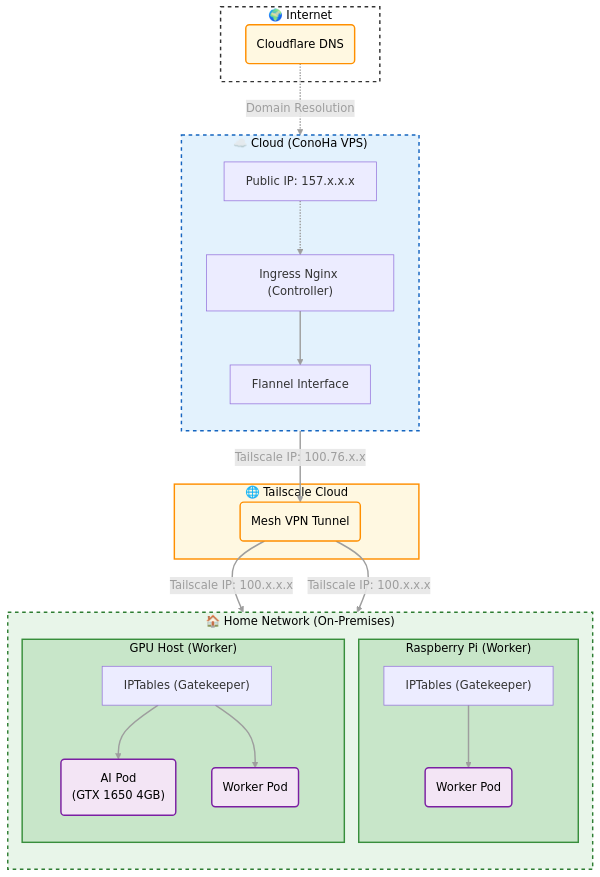
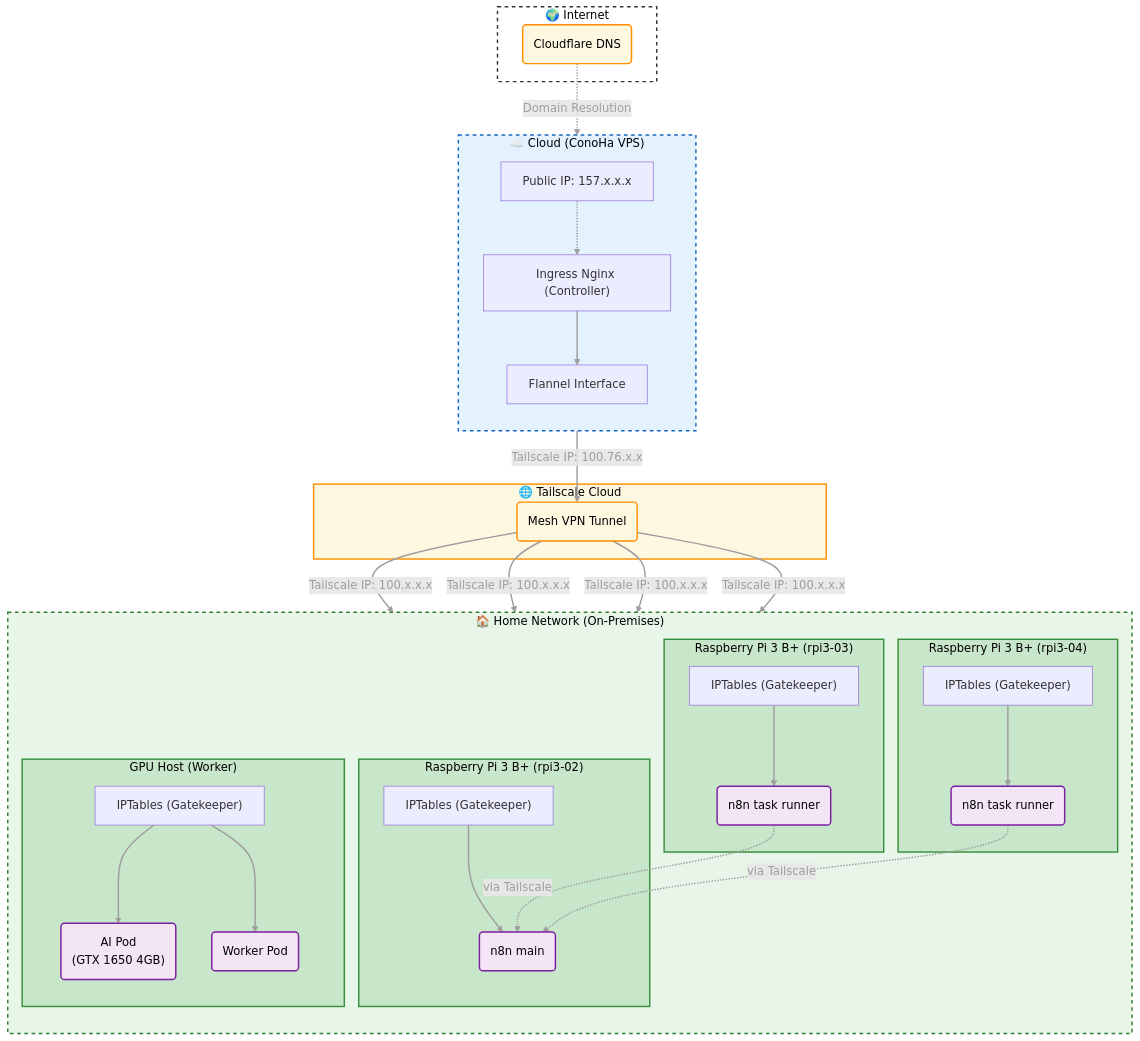
One commit to Takayio/k3s-guideline changed the diagram in README.md. Above: the diagram before and after it, drawn with Mermaid.

Commit message:
feat: Add two new Raspberry Pi nodes for n8n task runners and update the existing Pi node's details in the network diagram.

````diff
--- a/README.md
+++ b/README.md
@@ -39,10 +39,22 @@
   subgraph Home ["🏠 Home Network (On-Premises)"]
     direction TB
 
-    subgraph Pi ["Raspberry Pi (Worker)"]
+    subgraph Pi ["Raspberry Pi 3 B+ (rpi3-02)"]
       R_Route["IPTables (Gatekeeper)"]
-      R_Pod("Worker Pod")
+      R_Pod("n8n main")
       R_Route --> R_Pod
+    end
+
+    subgraph Pi3 ["Raspberry Pi 3 B+ (rpi3-03)"]
+      R3_Route["IPTables (Gatekeeper)"]
+      R3_Pod("n8n task runner")
+      R3_Route --> R3_Pod
+    end
+
+    subgraph Pi4 ["Raspberry Pi 3 B+ (rpi3-04)"]
+      R4_Route["IPTables (Gatekeeper)"]
+      R4_Pod("n8n task runner")
+      R4_Route --> R4_Pod
     end
 
     subgraph GPU ["GPU Host (Worker)"]
@@ -58,11 +70,16 @@
   %% --- Traffic Flow ---
   Flannel -- "Tailscale IP: 100.76.x.x" --> Tunnel
   Tunnel -- "Tailscale IP: 100.x.x.x" --> R_Route
+  Tunnel -- "Tailscale IP: 100.x.x.x" --> R3_Route
+  Tunnel -- "Tailscale IP: 100.x.x.x" --> R4_Route
   Tunnel -- "Tailscale IP: 100.x.x.x" --> G_Route
+  
+  R3_Pod -. "via Tailscale" .-> R_Pod
+  R4_Pod -. "via Tailscale" .-> R_Pod
 
   %% --- Node Classes & Subgroup Coloring ---
   class Tunnel,CF_DNS epsNode;
-  class R_Pod,G_AIPod,G_Worker podNode;
+  class R_Pod,R3_Pod,R4_Pod,G_AIPod,G_Worker podNode;
 
   %% --- Global Link Styling (For Dark Mode Visibility) ---
   linkStyle default stroke:#9e9e9e,stroke-width:2px,color:#9e9e9e
@@ -72,5 +89,7 @@
   style VPN fill:#fff8e1,stroke:#ff8f00,stroke-width:2px,color:#000
   style Home fill:#e8f5e9,stroke:#2e7d32,stroke-width:2px,color:#000,stroke-dasharray: 5 5
   style Pi fill:#c8e6c9,stroke:#388e3c,stroke-width:2px,color:#000
+  style Pi3 fill:#c8e6c9,stroke:#388e3c,stroke-width:2px,color:#000
+  style Pi4 fill:#c8e6c9,stroke:#388e3c,stroke-width:2px,color:#000
   style GPU fill:#c8e6c9,stroke:#388e3c,stroke-width:2px,color:#000
 ```
````
